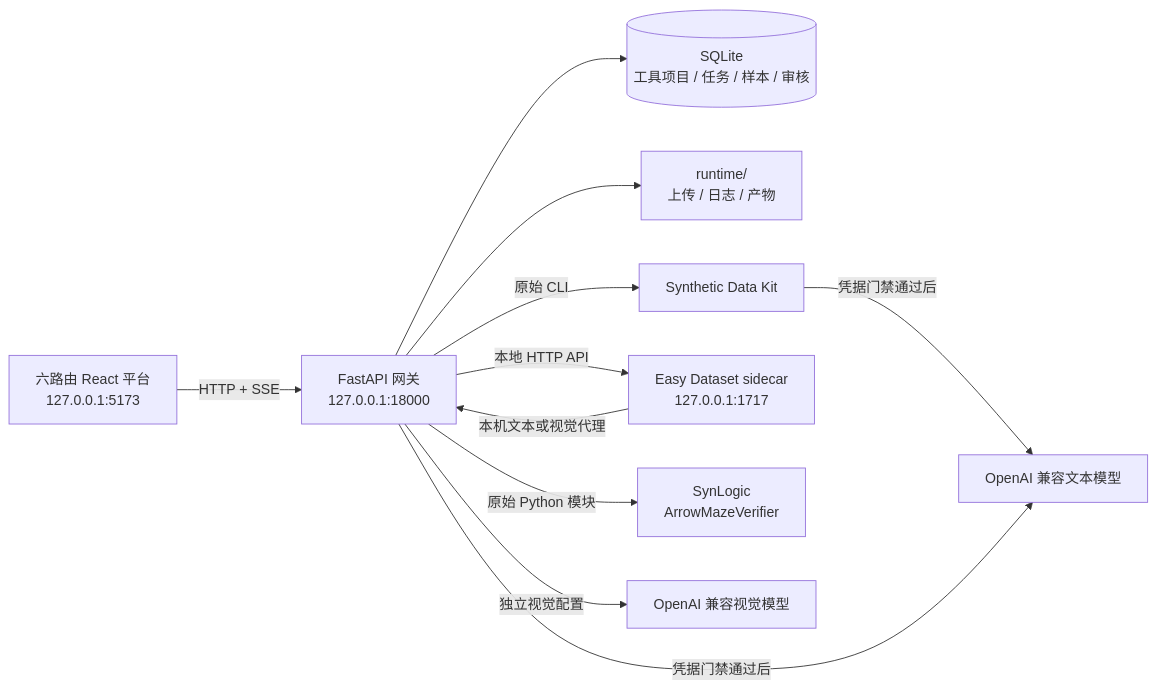
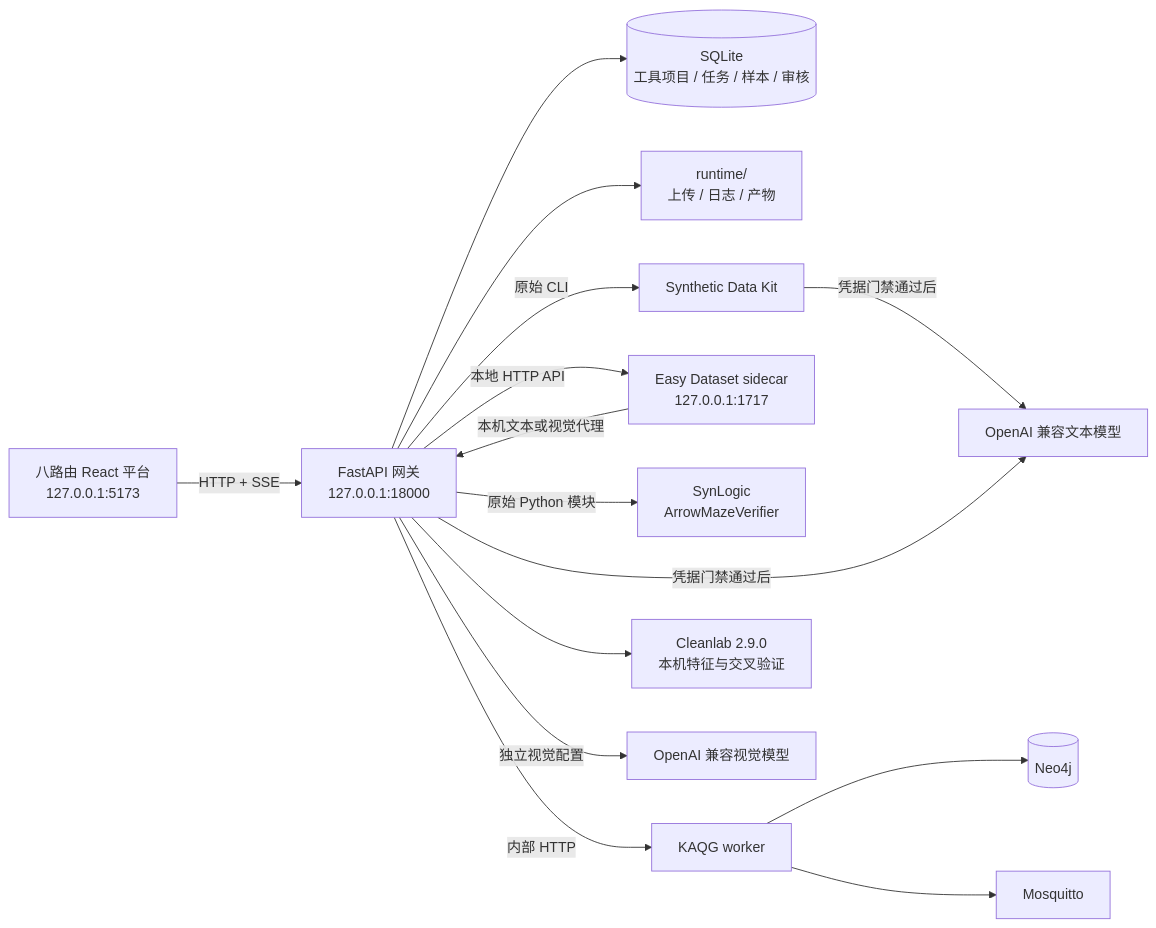
Before and after one commit to Joeysoda/llm-synthesis-workbench: the diagram in docs/架构说明.md, drawn with Mermaid. The commit also changed other lines of this file and 52 other files, not shown here.

Commit message:
Add KAQG and Cleanlab integrations

````diff
--- a/docs/架构说明.md
+++ b/docs/架构说明.md
@@ -5,13 +5,17 @@
 ```mermaid
 flowchart LR
-    UI["六路由 React 平台<br/>127.0.0.1:5173"] -->|"HTTP + SSE"| GW["FastAPI 网关<br/>127.0.0.1:18000"]
+    UI["八路由 React 平台<br/>127.0.0.1:5173"] -->|"HTTP + SSE"| GW["FastAPI 网关<br/>127.0.0.1:18000"]
     GW --> DB[("SQLite<br/>工具项目 / 任务 / 样本 / 审核")]
     GW --> FS["runtime/<br/>上传 / 日志 / 产物"]
     GW -->|"原始 CLI"| SDK["Synthetic Data Kit"]
     GW -->|"本地 HTTP API"| EASY["Easy Dataset sidecar<br/>127.0.0.1:1717"]
     GW -->|"原始 Python 模块"| SYN["SynLogic<br/>ArrowMazeVerifier"]
+    GW -->|"内部 HTTP"| KAQG["KAQG worker"]
+    KAQG --> NEO[("Neo4j")]
+    KAQG --> MQTT["Mosquitto"]
+    GW --> CLEAN["Cleanlab 2.9.0<br/>本机特征与交叉验证"]
     SDK -->|"凭据门禁通过后"| TEXT["OpenAI 兼容文本模型"]
     EASY -->|"本机文本或视觉代理"| GW
     GW -->|"凭据门禁通过后"| TEXT
     GW -->|"独立视觉配置"| VISION["OpenAI 兼容视觉模型"]
 ```
````
